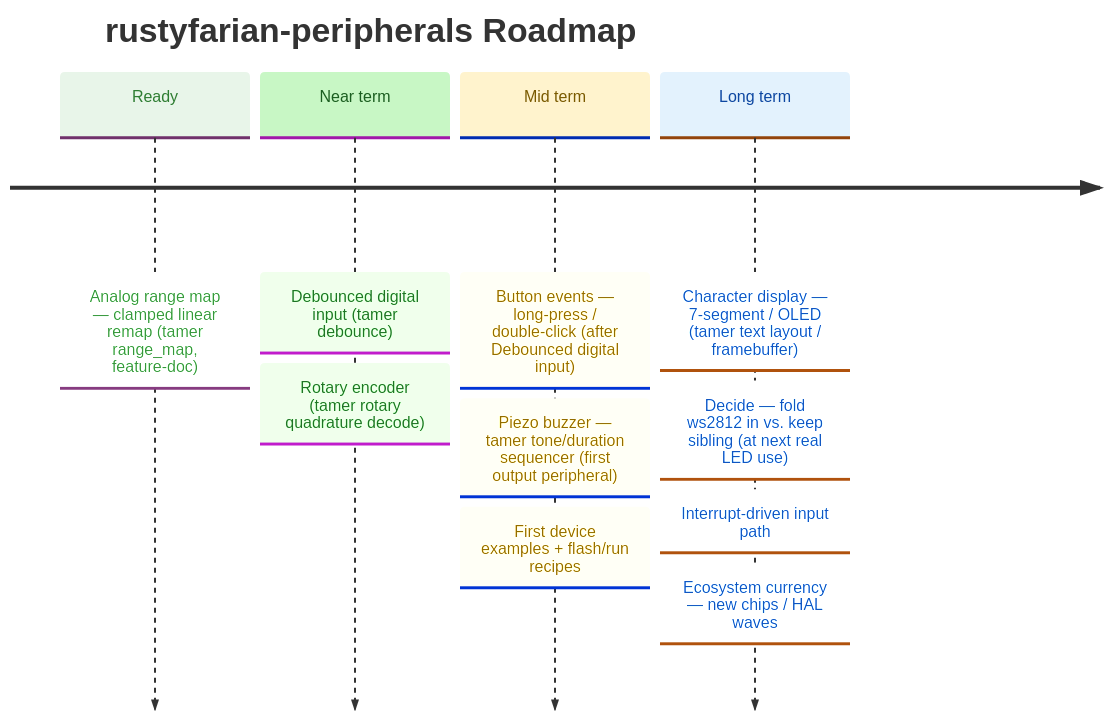
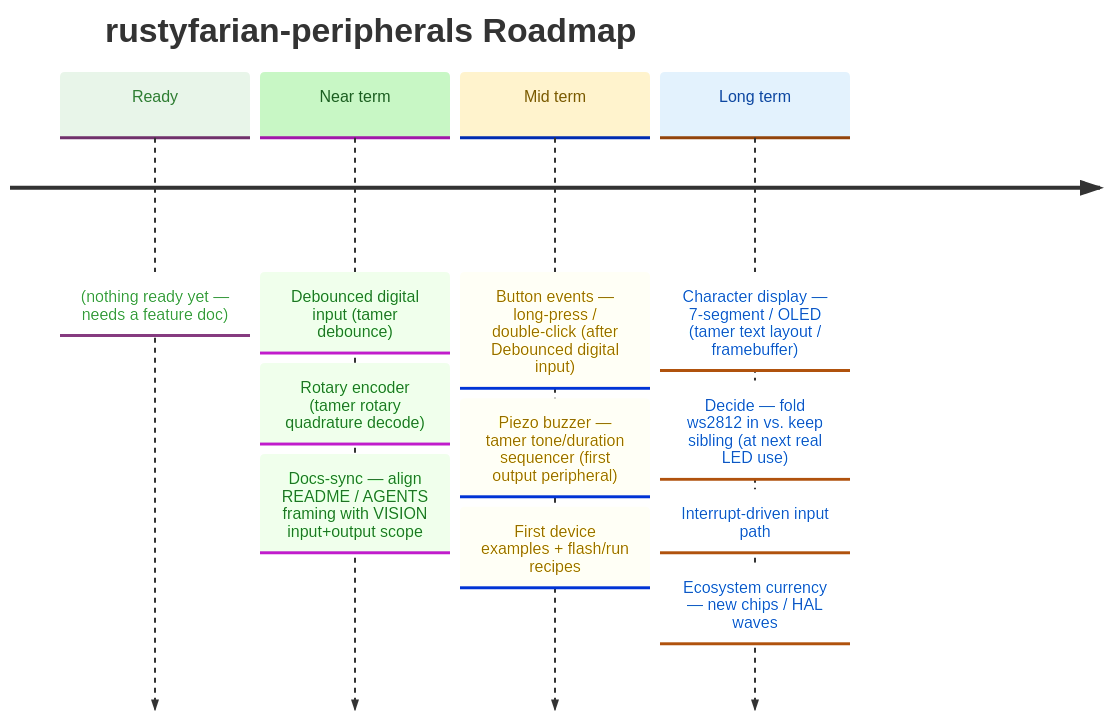
One commit to datenkollektiv/rustyfarian-peripherals changed the diagram in docs/ROADMAP.md. Above: the diagram before and after it, drawn with Mermaid. The commit also changed other lines of this file and 9 other files, not shown here.

````diff
--- a/docs/ROADMAP.md
+++ b/docs/ROADMAP.md
@@ -16,32 +16,33 @@
 ```mermaid
 %%{init: {
   "theme": "base",
   "themeVariables": {
     "cScale0": "#e8f5e9",
     "cScaleLabel0": "#2e7d32",
     "cScale1": "#c8f7c5",
     "cScaleLabel1": "#1b5e20",
     "cScale2": "#fff3cd",
     "cScaleLabel2": "#7a5a00",
     "cScale3": "#e3f2fd",
     "cScaleLabel3": "#0d47a1"
   }
 }}%%
 
 timeline
     title rustyfarian-peripherals Roadmap
 
-    Ready     : Analog range map — clamped linear remap (tamer range_map, feature-doc)
+    Ready     : (nothing ready yet — needs a feature doc)
 
     Near term : Debounced digital input (tamer debounce)
               : Rotary encoder (tamer rotary quadrature decode)
+              : Docs-sync — align README / AGENTS framing with VISION input+output scope
 
     Mid term  : Button events — long-press / double-click (after Debounced digital input)
               : Piezo buzzer — tamer tone/duration sequencer (first output peripheral)
               : First device examples + flash/run recipes
 
     Long term : Character display — 7-segment / OLED (tamer text layout / framebuffer)
               : Decide — fold ws2812 in vs. keep sibling (at next real LED use)
               : Interrupt-driven input path
               : Ecosystem currency — new chips / HAL waves
 ```
````
